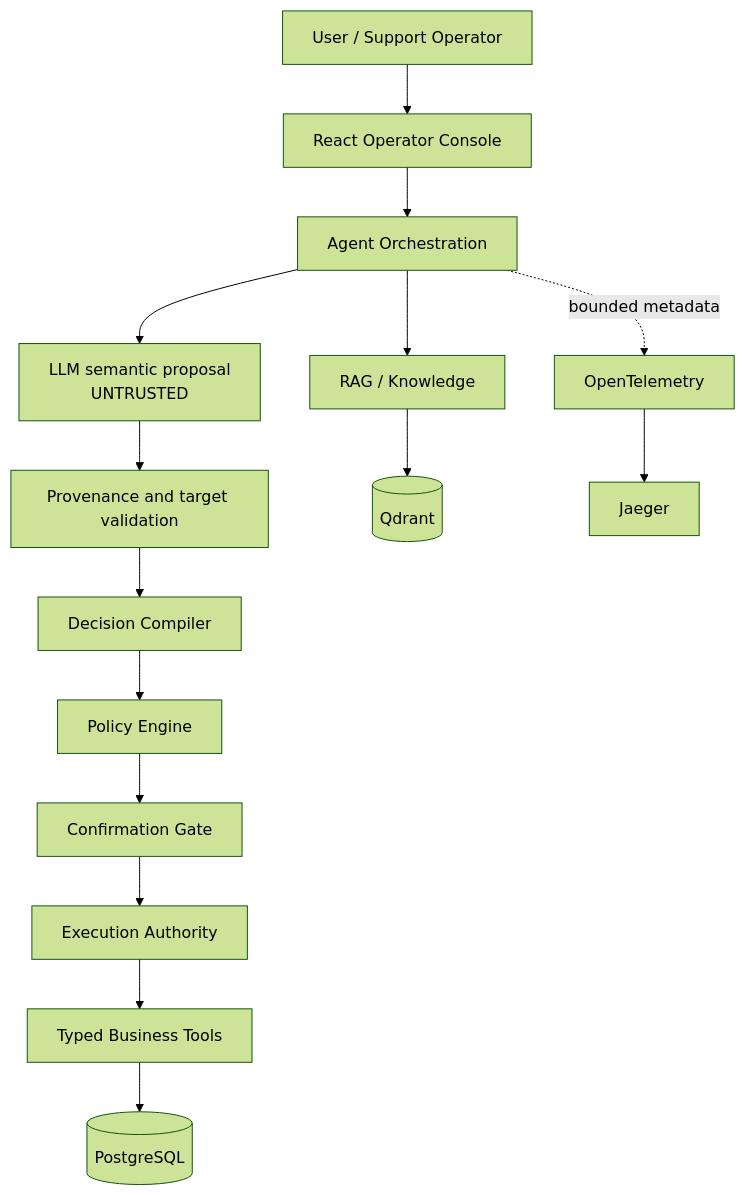
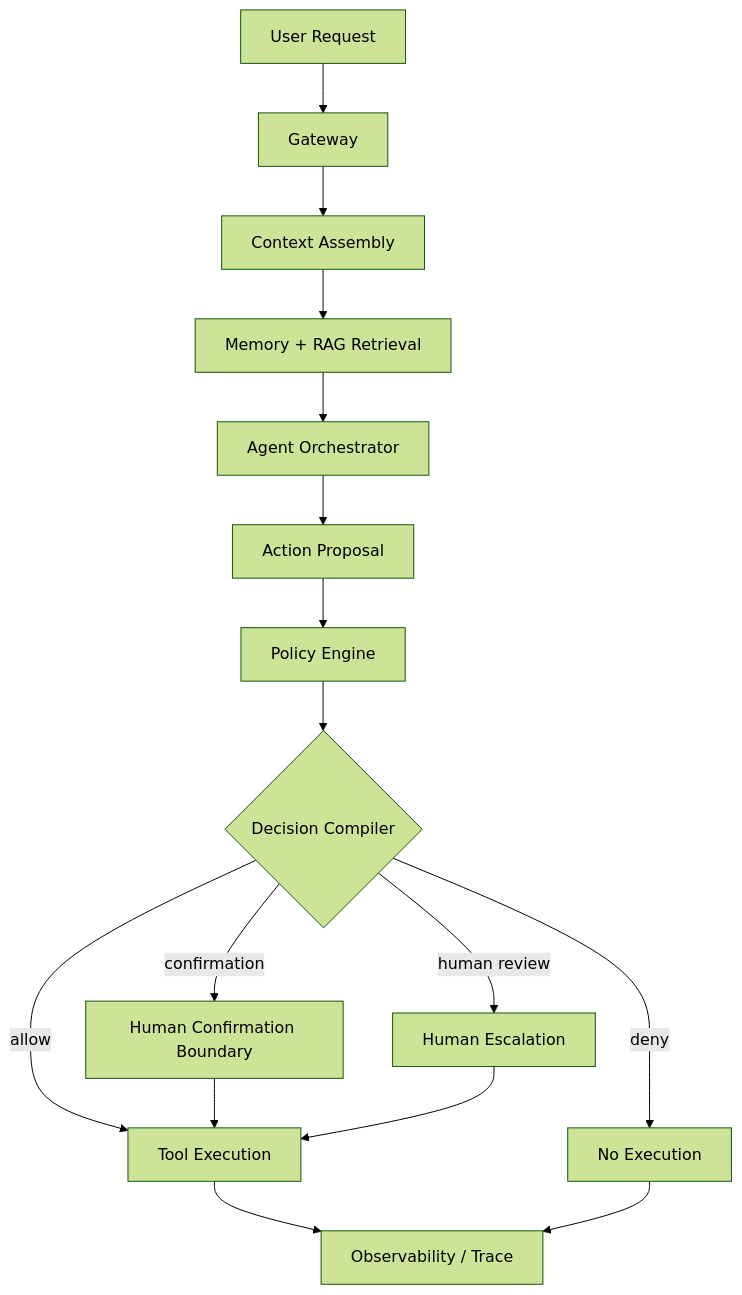
Before and after one commit to BopsAIle/agentic-customer-service-platform: the diagram in README.md, drawn with Mermaid (forest theme). The commit also changed other lines of this file and 25 other files, not shown here.

````diff
--- a/README.md
+++ b/README.md
@@ -103,17 +28,18 @@
-```mermaid
+~~~mermaid
 flowchart TB
-    USER[User / Support Operator] --> CONSOLE[React Operator Console]
-    CONSOLE --> AGENT[Agent Orchestration]
-    AGENT --> LLM[LLM semantic proposal\nUNTRUSTED]
-    LLM --> VALIDATE[Provenance and target validation]
-    VALIDATE --> COMPILER[Decision Compiler]
-    COMPILER --> POLICY[Policy Engine]
-    POLICY --> CONFIRM[Confirmation Gate]
-    CONFIRM --> AUTHORITY[Execution Authority]
-    AUTHORITY --> TOOLS[Typed Business Tools]
-    TOOLS --> POSTGRES[(PostgreSQL)]
-    AGENT --> RAG[RAG / Knowledge]
-    RAG --> QDRANT[(Qdrant)]
-    AGENT -. bounded metadata .-> OTEL[OpenTelemetry]
-    OTEL --> JAEGER[Jaeger]
-```
+    USER[User Request] --> GATEWAY[Gateway]
+    GATEWAY --> CONTEXT[Context Assembly]
+    CONTEXT --> SOURCES[Memory + RAG Retrieval]
+    SOURCES --> ORCHESTRATOR[Agent Orchestrator]
+    ORCHESTRATOR --> PROPOSAL[Action Proposal]
+    PROPOSAL --> POLICY[Policy Engine]
+    POLICY --> DECISION{Decision Compiler}
+    DECISION -->|allow| EXEC[Tool Execution]
+    DECISION -->|confirmation| CONFIRM[Human Confirmation Boundary]
+    DECISION -->|human review| ESCALATE[Human Escalation]
+    DECISION -->|deny| DENY[No Execution]
+    CONFIRM --> EXEC
+    ESCALATE --> EXEC
+    EXEC --> OBS[Observability / Trace]
+    DENY --> OBS
+~~~
````
